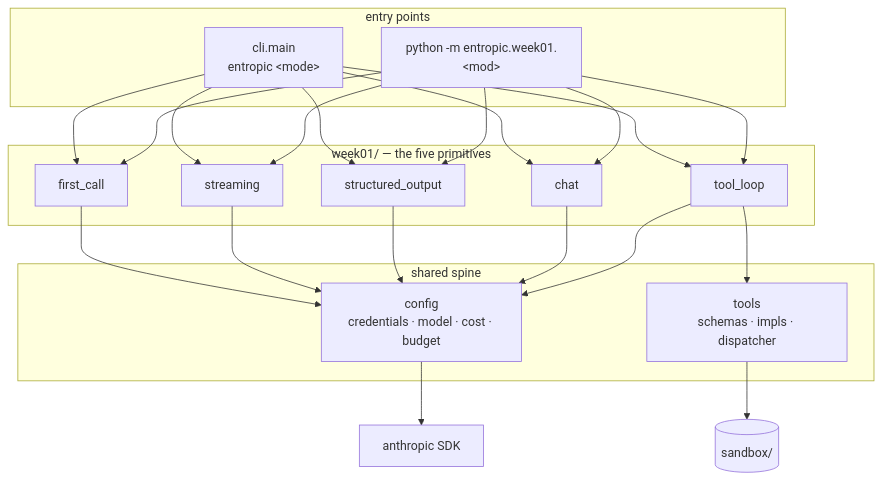
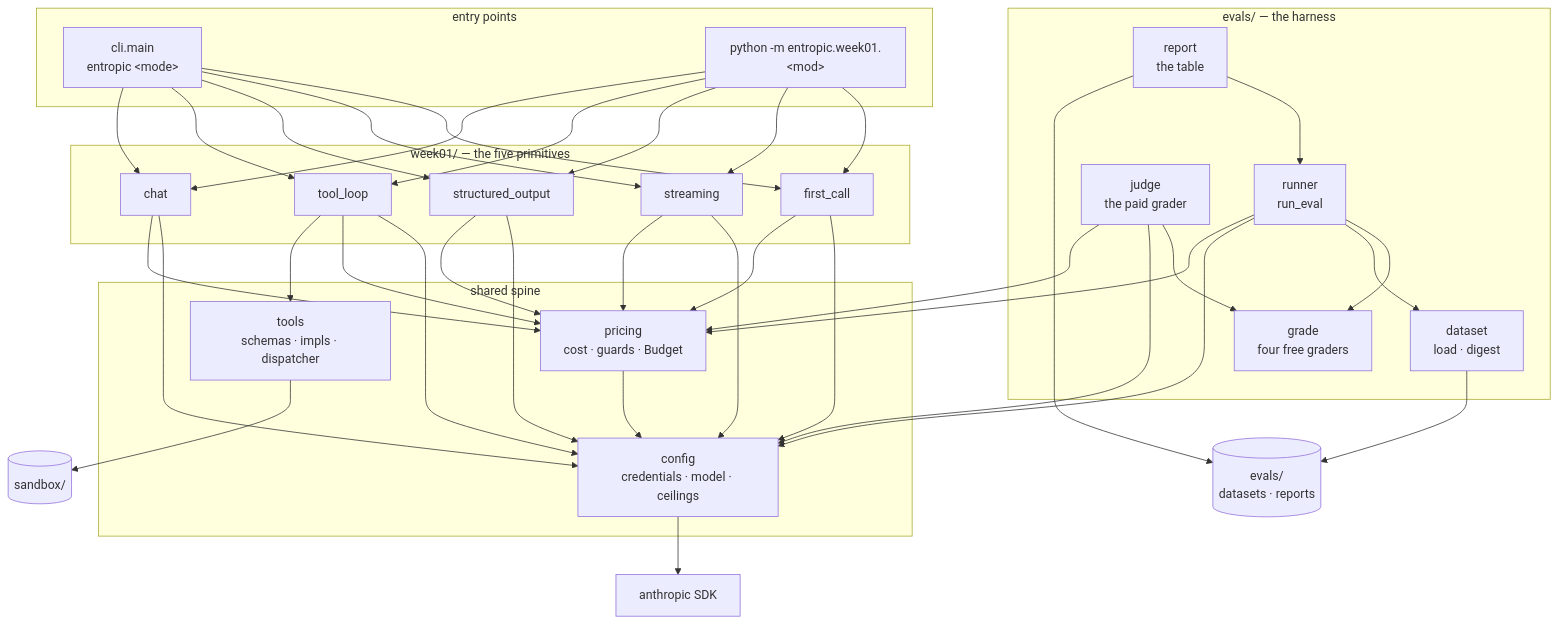
One commit to vedantdeo/aigent changed the diagram in docs/knowledge-graph.md. Above: the diagram before and after it, drawn with Mermaid. The commit also changed other lines of this file and 28 other files, not shown here.

````diff
--- a/docs/knowledge-graph.md
+++ b/docs/knowledge-graph.md
@@ -17,31 +18,46 @@
 ```mermaid
 graph TD
     subgraph entry["entry points"]
         CLI["cli.main<br/>entropic &lt;mode&gt;"]
         DUNDER["python -m entropic.week01.&lt;mod&gt;"]
     end
 
     subgraph week01["week01/ — the five primitives"]
         FC["first_call"]
         ST["streaming"]
         SO["structured_output"]
         TL["tool_loop"]
         CH["chat"]
     end
 
+    subgraph evals["evals/ — the harness"]
+        RUN["runner<br/>run_eval"]
+        GRD["grade<br/>four free graders"]
+        JDG["judge<br/>the paid grader"]
+        DAT["dataset<br/>load · digest"]
+        REP["report<br/>the table"]
+    end
+
     subgraph shared["shared spine"]
-        CFG["config<br/>credentials · model · cost · budget"]
+        CFG["config<br/>credentials · model · ceilings"]
+        PRC["pricing<br/>cost · guards · Budget"]
         TOOLS["tools<br/>schemas · impls · dispatcher"]
     end
 
     SDK["anthropic SDK"]
     BOX[("sandbox/")]
+    DISK[("evals/<br/>datasets · reports")]
 
     CLI --> FC & ST & SO & TL & CH
     DUNDER --> FC & ST & SO & TL & CH
-    FC & ST & SO & CH --> CFG
-    TL --> CFG
+    FC & ST & SO & CH --> CFG & PRC
+    TL --> CFG & PRC
     TL --> TOOLS
+    RUN --> GRD & DAT & CFG & PRC
+    JDG --> GRD & CFG & PRC
+    REP --> RUN
+    DAT & REP --> DISK
+    PRC --> CFG
     CFG --> SDK
     TOOLS --> BOX
 ```
````
